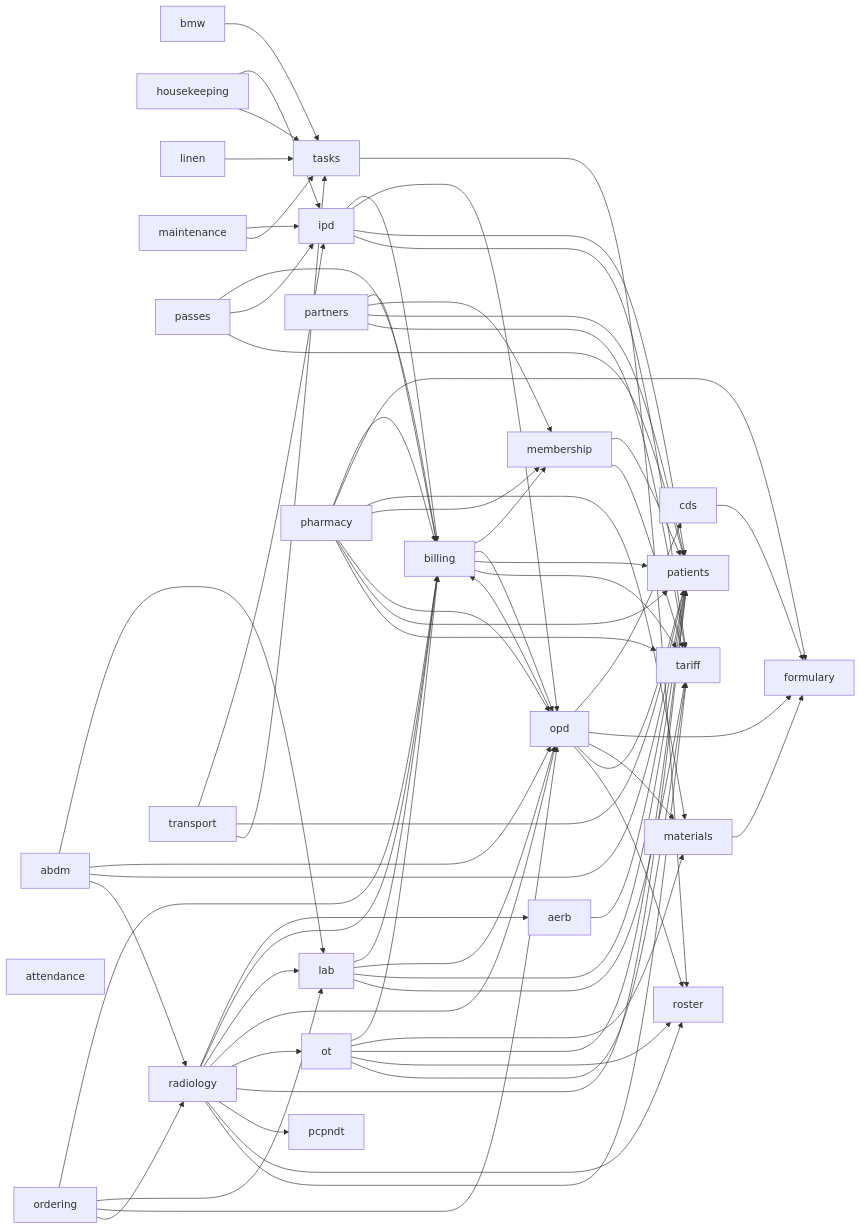
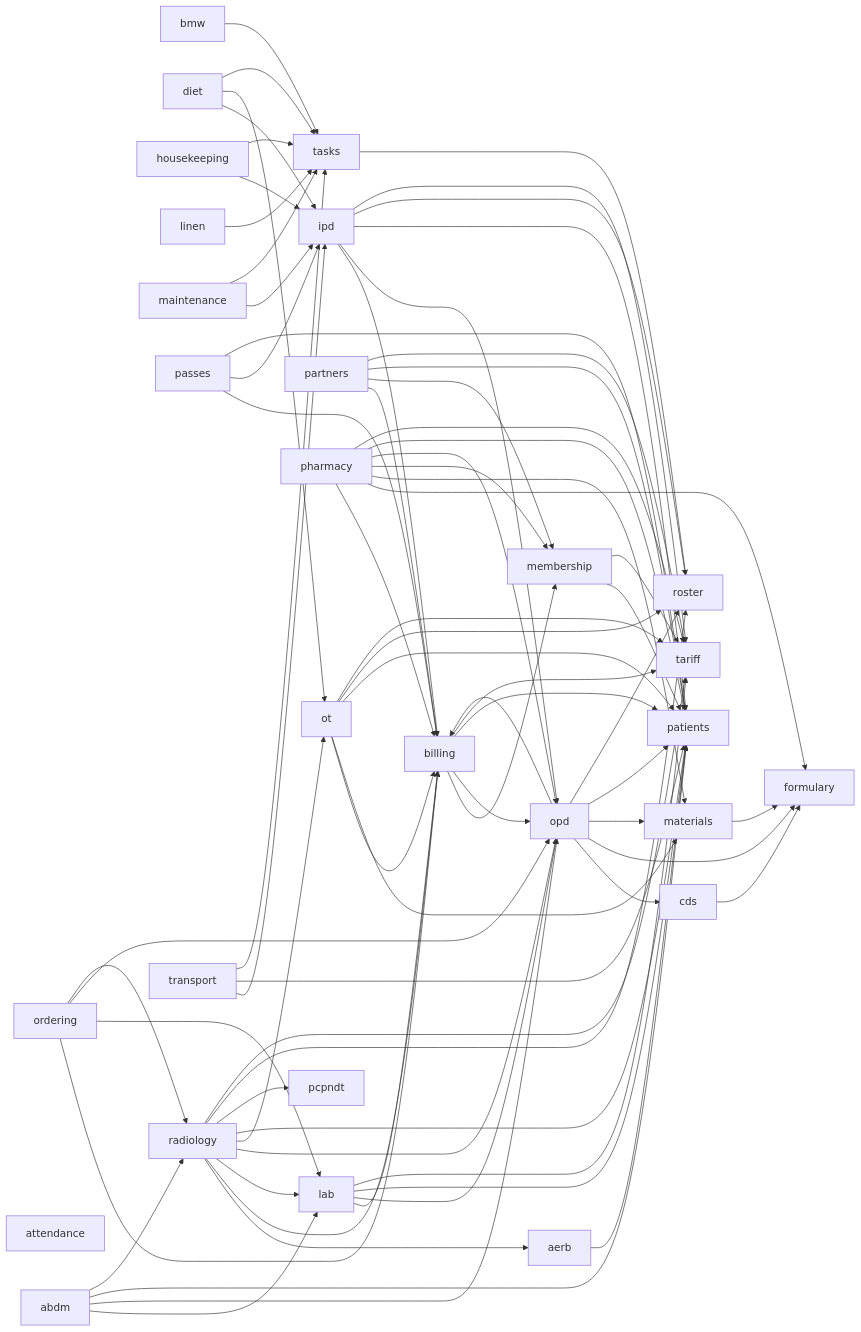
Before and after one commit to ankits3a/hims-hmis: the second of 2 diagrams in docs/architecture/README.md, drawn with Mermaid. The commit also changed other lines of this file and 3 other files, not shown here.

First line of the commit message:
feat(ipd-stage): integration grants — nurses see, mark NPO and serve the diet; the nursing superintendent reads it

```diff
--- a/docs/architecture/README.md
+++ b/docs/architecture/README.md
@@ -36,6 +36,7 @@
   billing[billing]
   bmw[bmw]
   cds[cds]
+  diet[diet]
   formulary[formulary]
   housekeeping[housekeeping]
   ipd[ipd]
@@ -68,11 +69,15 @@
   billing --> tariff
   bmw --> tasks
   cds --> formulary
+  diet --> ipd
+  diet --> ot
+  diet --> tasks
   housekeeping --> ipd
   housekeeping --> tasks
   ipd --> billing
   ipd --> opd
   ipd --> patients
+  ipd --> roster
   ipd --> tariff
   lab --> billing
   lab --> opd
```
